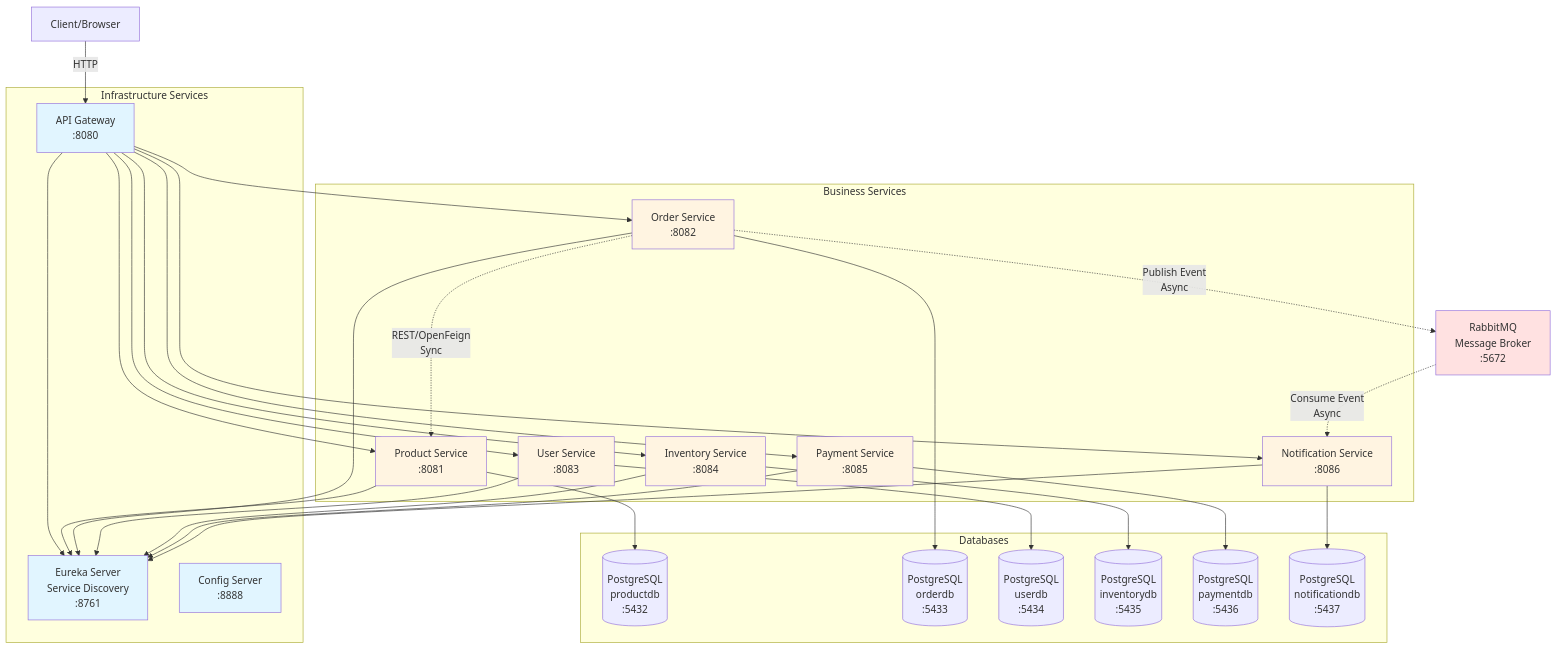
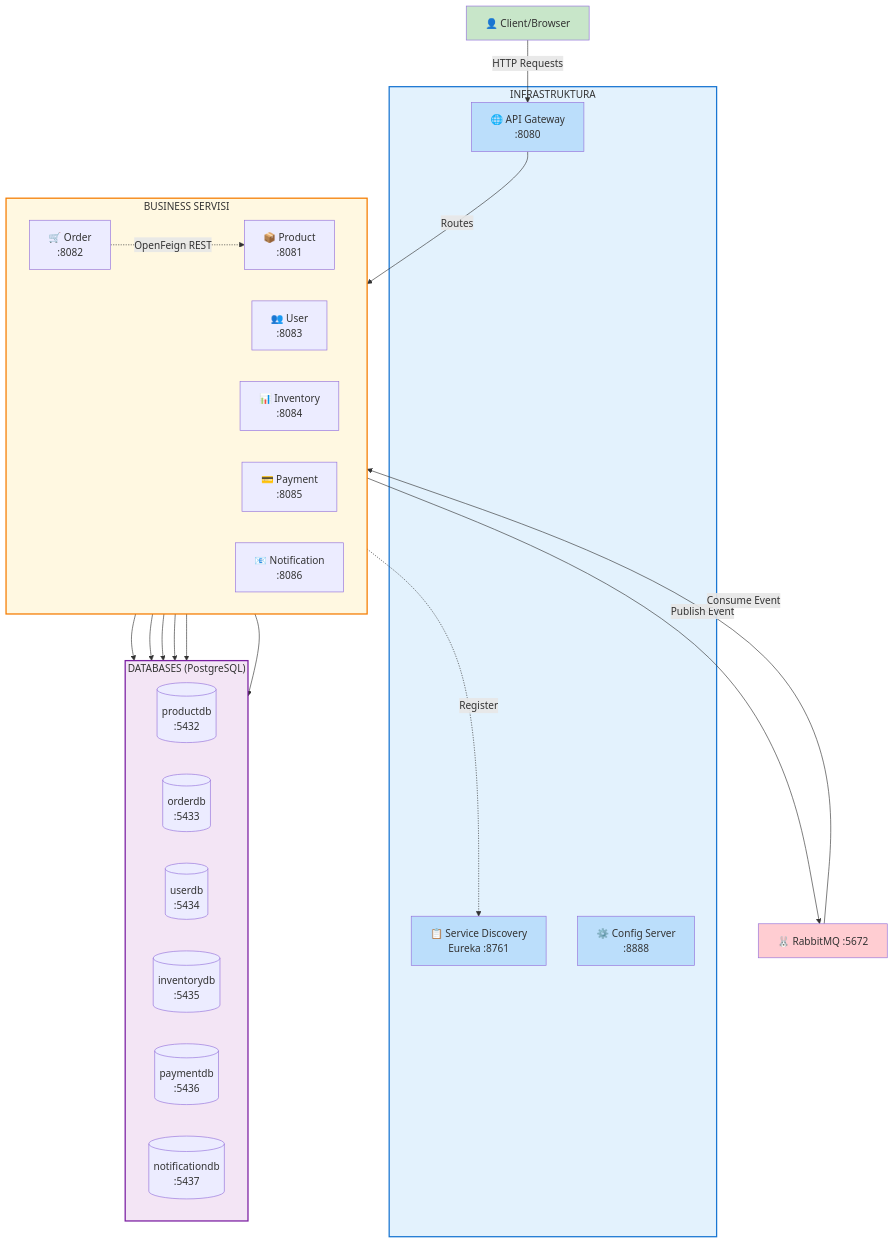
One commit to BrankaZaric/DIS_I711_2024_Branka_Zaric changed the diagram in README.md. Above: the diagram before and after it, drawn with Mermaid. The commit also changed other lines of this file, not shown here.

````diff
--- a/README.md
+++ b/README.md
@@ -11,68 +11,58 @@
 ```mermaid
 graph TB
-    Client[Client/Browser]
+    Client[👤 Client/Browser]
     
-    subgraph "Infrastructure Services"
-        Gateway[API Gateway<br/>:8080]
-        Eureka[Eureka Server<br/>Service Discovery<br/>:8761]
-        Config[Config Server<br/>:8888]
+    Client -->|HTTP Requests| Gateway
+    
+    subgraph infra[" INFRASTRUKTURA "]
+        Gateway[🌐 API Gateway<br/>:8080]
+        Eureka[📋 Service Discovery<br/>Eureka :8761]
+        Config[⚙️ Config Server<br/>:8888]
     end
     
-    subgraph "Business Services"
-        Product[Product Service<br/>:8081]
-        Order[Order Service<br/>:8082]
-        User[User Service<br/>:8083]
-        Inventory[Inventory Service<br/>:8084]
-        Payment[Payment Service<br/>:8085]
-        Notification[Notification Service<br/>:8086]
+    Gateway -->|Routes| Services
+    
+    subgraph Services[" BUSINESS SERVISI "]
+        direction LR
+        Product[📦 Product<br/>:8081]
+        Order[🛒 Order<br/>:8082]
+        User[👥 User<br/>:8083]
+        Inventory[📊 Inventory<br/>:8084]
+        Payment[💳 Payment<br/>:8085]
+        Notification[📧 Notification<br/>:8086]
     end
     
-    subgraph "Databases"
-        ProductDB[(PostgreSQL<br/>productdb<br/>:5432)]
-        OrderDB[(PostgreSQL<br/>orderdb<br/>:5433)]
-        UserDB[(PostgreSQL<br/>userdb<br/>:5434)]
-        InventoryDB[(PostgreSQL<br/>inventorydb<br/>:5435)]
-        PaymentDB[(PostgreSQL<br/>paymentdb<br/>:5436)]
-        NotificationDB[(PostgreSQL<br/>notificationdb<br/>:5437)]
-    end
+    Order -.->|OpenFeign REST| Product
+    Order -->|Publish Event| RabbitMQ
+    RabbitMQ -->|Consume Event| Notification
     
-    RabbitMQ[RabbitMQ<br/>Message Broker<br/>:5672]
-    
-    Client -->|HTTP| Gateway
-    Gateway --> Eureka
-    Gateway --> Product
-    Gateway --> Order
-    Gateway --> User
-    Gateway --> Inventory
-    Gateway --> Payment
-    Gateway --> Notification
-    
-    Product --> Eureka
-    Order --> Eureka
-    User --> Eureka
-    Inventory --> Eureka
-    Payment --> Eureka
-    Notification --> Eureka
-    
-    Order -.->|REST/OpenFeign<br/>Sync| Product
-    Order -.->|Publish Event<br/>Async| RabbitMQ
-    RabbitMQ -.->|Consume Event<br/>Async| Notification
+    RabbitMQ[🐰 RabbitMQ :5672]
     
     Product --> ProductDB
     Order --> OrderDB
     User --> UserDB
     Inventory --> InventoryDB
     Payment --> PaymentDB
     Notification --> NotificationDB
     
-    style Gateway fill:#e1f5ff
-    style Eureka fill:#e1f5ff
-    style Config fill:#e1f5ff
-    style Product fill:#fff4e1
-    style Order fill:#fff4e1
-    style User fill:#fff4e1
-    style Inventory fill:#fff4e1
-    style Payment fill:#fff4e1
-    style Notification fill:#fff4e1
-    style RabbitMQ fill:#ffe1e1
+    subgraph databases[" DATABASES (PostgreSQL) "]
+        direction LR
+        ProductDB[(productdb<br/>:5432)]
+        OrderDB[(orderdb<br/>:5433)]
+        UserDB[(userdb<br/>:5434)]
+        InventoryDB[(inventorydb<br/>:5435)]
+        PaymentDB[(paymentdb<br/>:5436)]
+        NotificationDB[(notificationdb<br/>:5437)]
+    end
+    
+    Services -.->|Register| Eureka
+    
+    style infra fill:#e3f2fd,stroke:#1976d2,stroke-width:2px
+    style Services fill:#fff8e1,stroke:#f57c00,stroke-width:2px
+    style databases fill:#f3e5f5,stroke:#7b1fa2,stroke-width:2px
+    style Gateway fill:#bbdefb
+    style Eureka fill:#bbdefb
+    style Config fill:#bbdefb
+    style RabbitMQ fill:#ffcdd2
+    style Client fill:#c8e6c9
 ```
````
